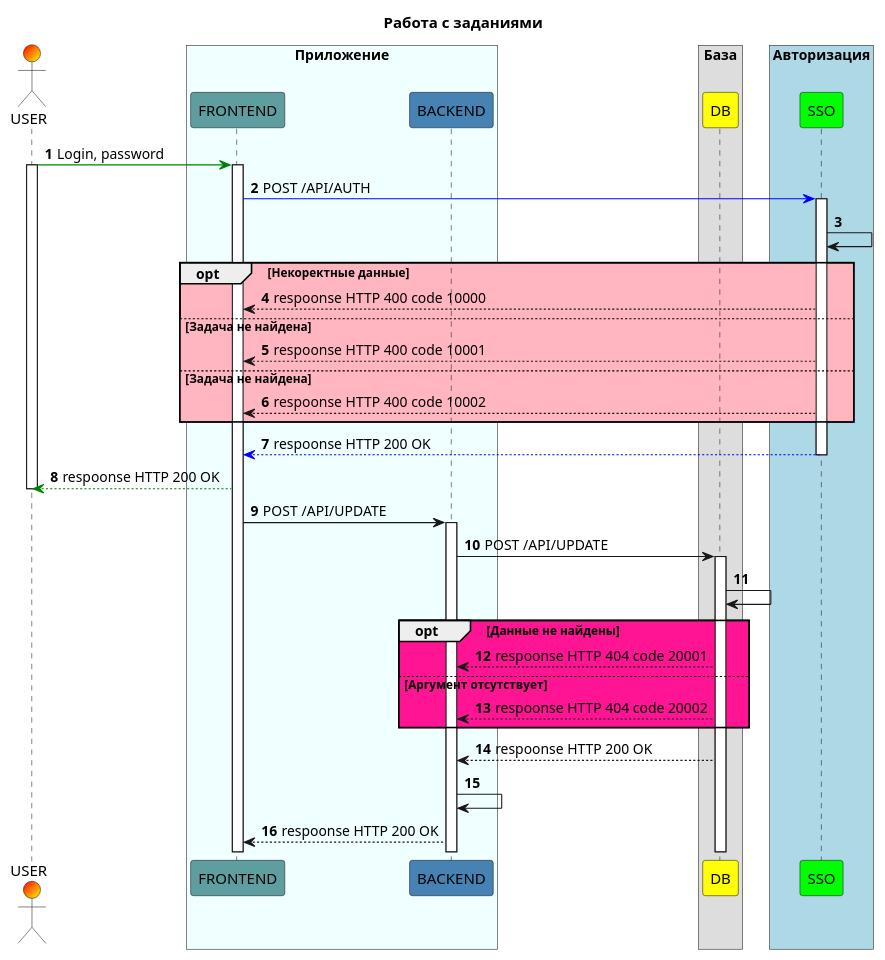
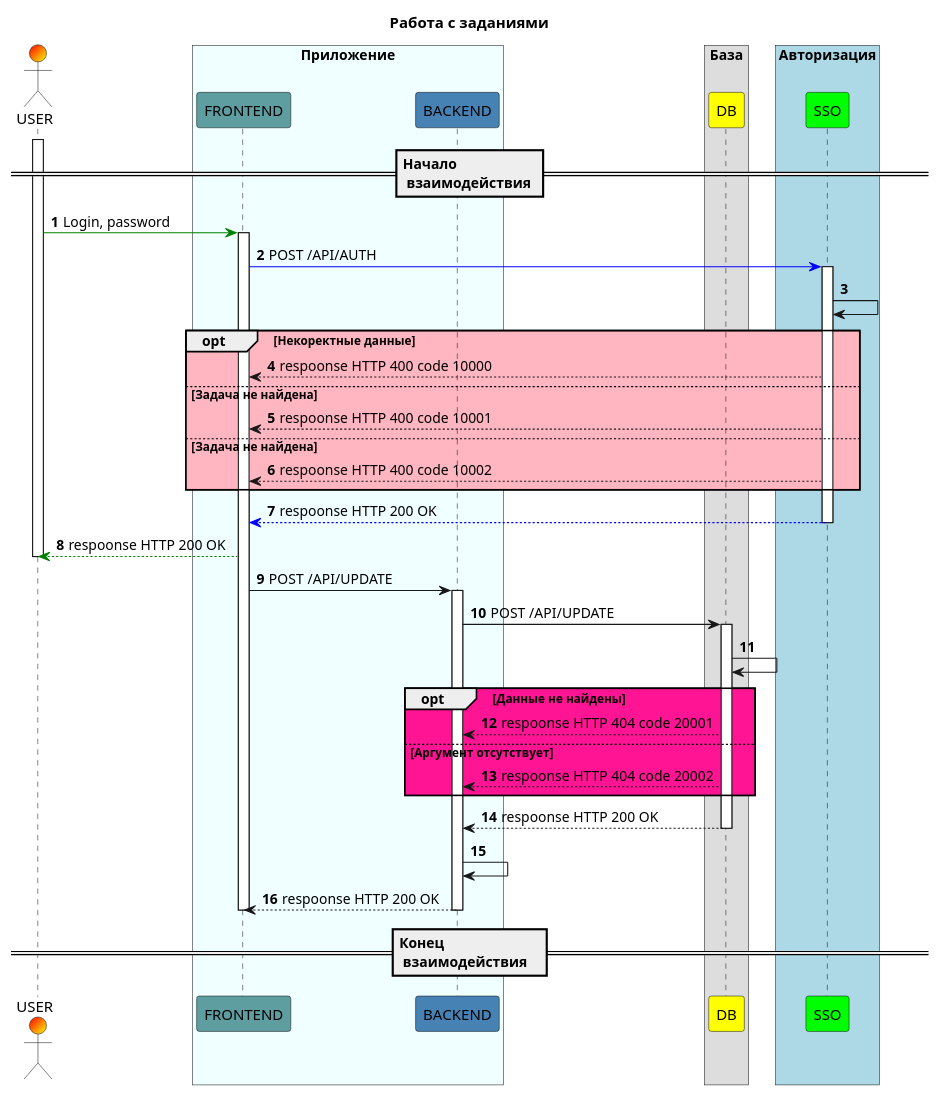
The diagram in sequence_uml_01.wsd (skytorin/UML), drawn with PlantUML before and after one commit. The commit also changed 1 other file, not shown here.

```diff
--- a/sequence_uml_01.wsd
+++ b/sequence_uml_01.wsd
@@ -1,57 +1,67 @@
 @startuml sequence_uml_01
 
 title: Работа с заданиями
 
 autonumber
 
 actor USER #Red/Yellow
 
 box "Приложение" #azure
     participant FRONTEND #CadetBlue
     participant BACKEND  #SteelBlue
 end box
 
 box "База"
     participant DB #yellow
 end box
 
 box "Авторизация" #LightBlue
     participant SSO #lime
 end box
 
-USER [#green]-> FRONTEND: Login, password
+== Начало \n взаимодействия ==
+
 activate USER
+    USER [#green]-> FRONTEND: Login, password
+
 activate FRONTEND
-FRONTEND [#blue]-> SSO: POST /API/AUTH
+    FRONTEND [#blue]-> SSO: POST /API/AUTH
+
 activate SSO
-SSO -> SSO
+    SSO -> SSO
+    opt #LightPink Некоректные данные 
+        SSO --> FRONTEND: respoonse HTTP 400 code 10000
+        else Задача не найдена
+        SSO --> FRONTEND: respoonse HTTP 400 code 10001
+        else Задача не найдена
+        SSO --> FRONTEND: respoonse HTTP 400 code 10002
+    end
+    SSO [#blue]--> FRONTEND: respoonse HTTP 200 OK
+deactivate SSO
 
-opt #LightPink Некоректные данные 
-    SSO --> FRONTEND: respoonse HTTP 400 code 10000
-    else Задача не найдена
-    SSO --> FRONTEND: respoonse HTTP 400 code 10001
-    else Задача не найдена
-    SSO --> FRONTEND: respoonse HTTP 400 code 10002
-end
+    FRONTEND [#green]--> USER: respoonse HTTP 200 OK
+deactivate USER
 
-SSO [#blue]--> FRONTEND: respoonse HTTP 200 OK
-deactivate SSO
-FRONTEND [#green]--> USER: respoonse HTTP 200 OK
-deactivate USER
-FRONTEND -> BACKEND: POST /API/UPDATE
+    FRONTEND -> BACKEND: POST /API/UPDATE
+
 activate BACKEND
-BACKEND -> DB: POST /API/UPDATE
+    BACKEND -> DB: POST /API/UPDATE
+
 activate DB
-DB -> DB
+    DB -> DB
+    opt #DeepPink Данные не найдены
+        DB --> BACKEND:respoonse HTTP 404 code 20001
+        else Аргумент отсутствует
+        DB --> BACKEND:respoonse HTTP 404 code 20002
+    end
+    DB --> BACKEND:respoonse HTTP 200 OK
+deactivate DB
 
-opt #DeepPink Данные не найдены
-    DB --> BACKEND:respoonse HTTP 404 code 20001
-    else Аргумент отсутствует
-    DB --> BACKEND:respoonse HTTP 404 code 20002
-end
+    BACKEND -> BACKEND
+    BACKEND --> FRONTEND:respoonse HTTP 200 OK
+deactivate BACKEND
+deactivate FRONTEND
 
-DB --> BACKEND:respoonse HTTP 200 OK
-BACKEND -> BACKEND
-BACKEND --> FRONTEND:respoonse HTTP 200 OK
+== Конец \n взаимодействия   ==
 
 @enduml
```
